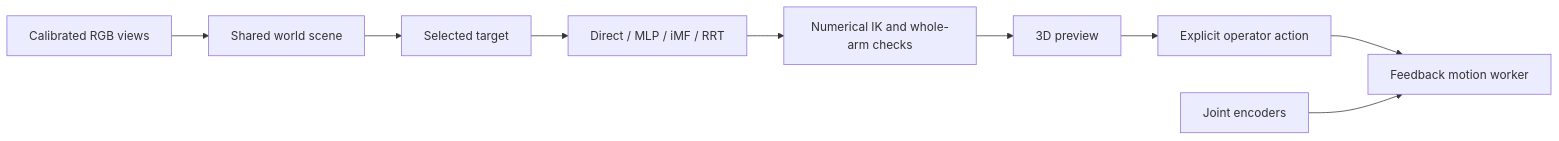
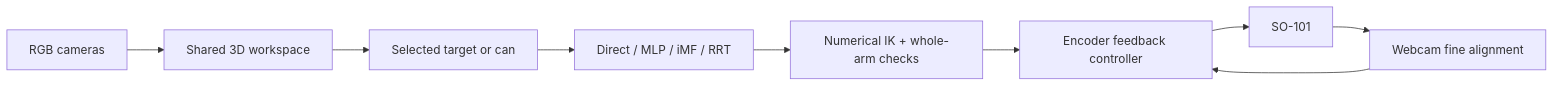
Before and after one commit to AmirRoshankar/DeskBuddy: the diagram in README.md, drawn with Mermaid. The commit also changed other lines of this file and 81 other files, not shown here.

Commit message:
Add webcam-guided control, calibration workflows, and real-robot demo

````diff
--- a/README.md
+++ b/README.md
@@ -50,11 +53,11 @@
 ```mermaid
 flowchart LR
-  Cameras[Calibrated RGB views] --> Scene[Shared world scene]
-  Scene --> Target[Selected target]
+  Cameras[RGB cameras] --> Scene[Shared 3D workspace]
+  Scene --> Target[Selected target or can]
   Target --> Planner[Direct / MLP / iMF / RRT]
-  Planner --> IK[Numerical IK and whole-arm checks]
-  IK --> Preview[3D preview]
-  Preview --> Go[Explicit operator action]
-  Go --> Control[Feedback motion worker]
-  Encoders[Joint encoders] --> Control
+  Planner --> IK[Numerical IK + whole-arm checks]
+  IK --> Control[Encoder feedback controller]
+  Control --> Arm[SO-101]
+  Arm --> Vision[Webcam fine alignment]
+  Vision --> Control
 ```
````
